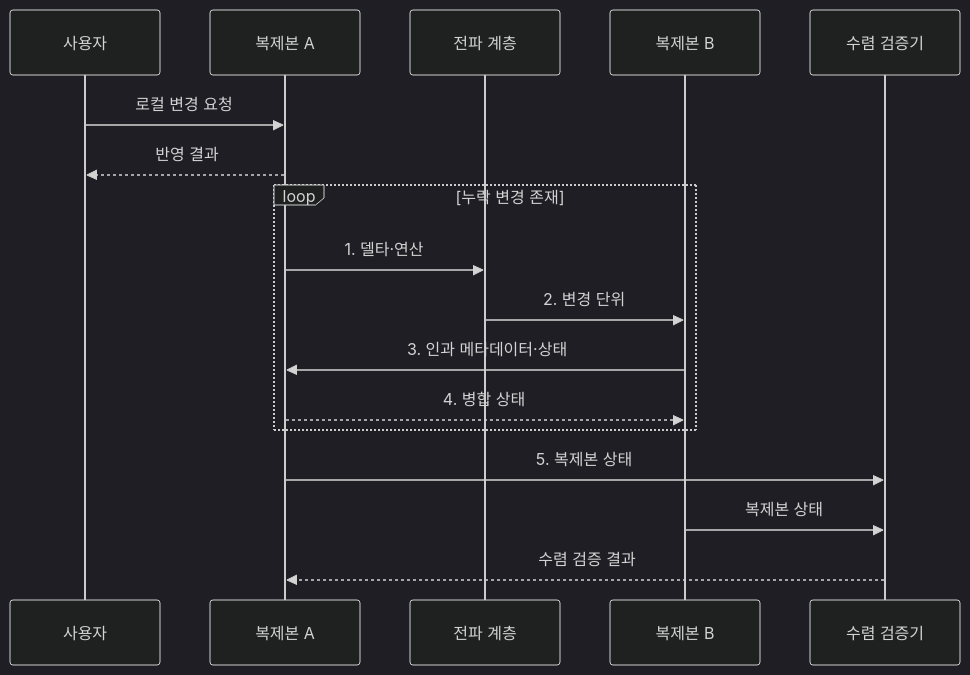
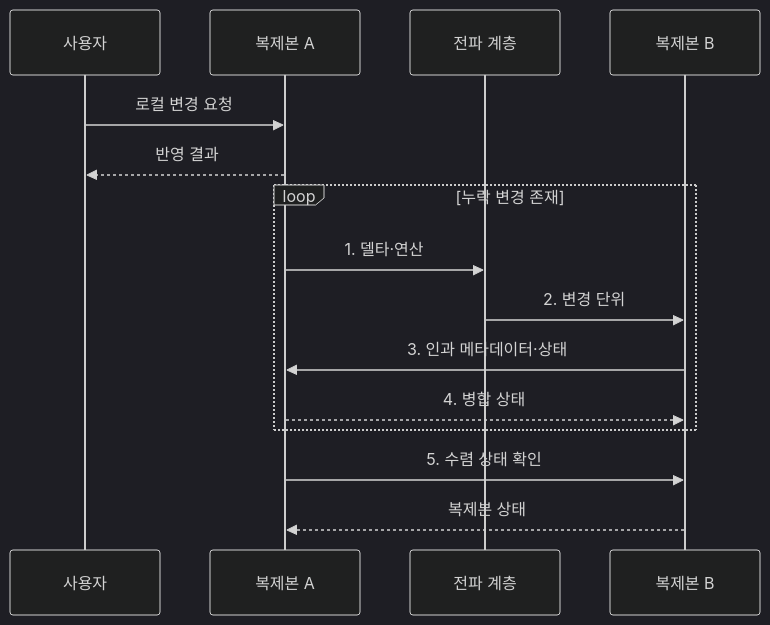
The second of 2 diagrams in src/content/docs/notes/03-software/105_crdt.md (agnusdei1207/knowledge-base), drawn with Mermaid (dark theme) before and after one commit. The commit also changed 7 other files, not shown here.

Commit message:
Refine distributed data diagrams

````diff
--- a/src/content/docs/notes/03-software/105_crdt.md
+++ b/src/content/docs/notes/03-software/105_crdt.md
@@ -102,19 +102,17 @@
 ```mermaid
 sequenceDiagram
     participant U as 사용자
     participant A as 복제본 A
     participant X as 전파 계층
     participant B as 복제본 B
-    participant V as 수렴 검증기
     U->>A: 로컬 변경 요청
     A-->>U: 반영 결과
     loop 누락 변경 존재
         A->>X: 1. 델타·연산
         X->>B: 2. 변경 단위
         B->>A: 3. 인과 메타데이터·상태
         A-->>B: 4. 병합 상태
     end
-    A->>V: 5. 복제본 상태
-    B->>V: 복제본 상태
-    V-->>A: 수렴 검증 결과
+    A->>B: 5. 수렴 상태 확인
+    B-->>A: 복제본 상태
 ```
````
